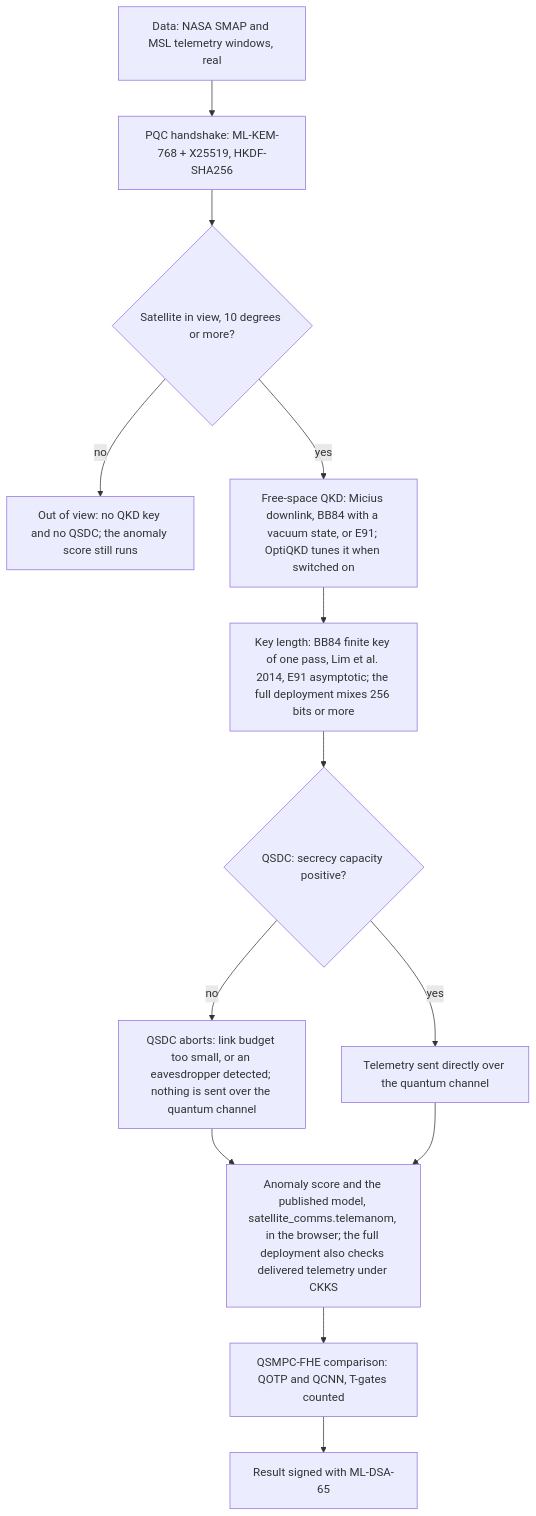
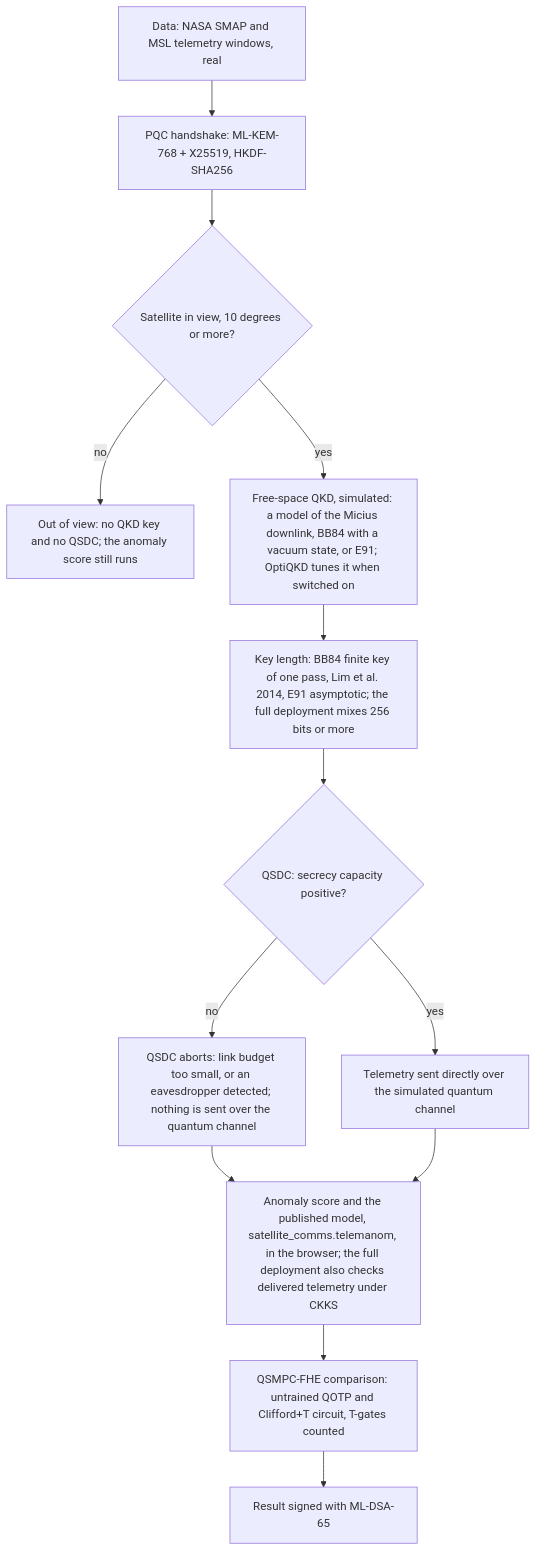
One commit to Quantum-Daemons/QSMPC-QKD-QHE-AI-Hybrid changed the seventh of 11 diagrams in README.md. Above: the diagram before and after it, drawn with Mermaid. The commit also changed other lines of this file and 113 other files, not shown here.

````diff
--- a/README.md
+++ b/README.md
@@ -247,27 +249,27 @@
 ```mermaid
 flowchart TB
   D["Data: NASA SMAP and MSL telemetry windows, real"]
   H["PQC handshake: ML-KEM-768 + X25519, HKDF-SHA256"]
   V{"Satellite in view, 10 degrees or more?"}
   NV["Out of view: no QKD key and no QSDC; the anomaly score still runs"]
-  K["Free-space QKD: Micius downlink, BB84 with a vacuum state, or E91; OptiQKD tunes it when switched on"]
+  K["Free-space QKD, simulated: a model of the Micius downlink, BB84 with a vacuum state, or E91; OptiQKD tunes it when switched on"]
   L["Key length: BB84 finite key of one pass, Lim et al. 2014, E91 asymptotic; the full deployment mixes 256 bits or more"]
   QD{"QSDC: secrecy capacity positive?"}
   NA["QSDC aborts: link budget too small, or an eavesdropper detected; nothing is sent over the quantum channel"]
-  T["Telemetry sent directly over the quantum channel"]
+  T["Telemetry sent directly over the simulated quantum channel"]
   A["Anomaly score and the published model, satellite_comms.telemanom, in the browser; the full deployment also checks delivered telemetry under CKKS"]
-  C["QSMPC-FHE comparison: QOTP and QCNN, T-gates counted"]
+  C["QSMPC-FHE comparison: untrained QOTP and Clifford+T circuit, T-gates counted"]
   S["Result signed with ML-DSA-65"]
   D --> H
   H --> V
   V -->|no| NV
   V -->|yes| K
   K --> L
   L --> QD
   QD -->|no| NA
   QD -->|yes| T
   NA --> A
   T --> A
   A --> C
   C --> S
 ```
````
